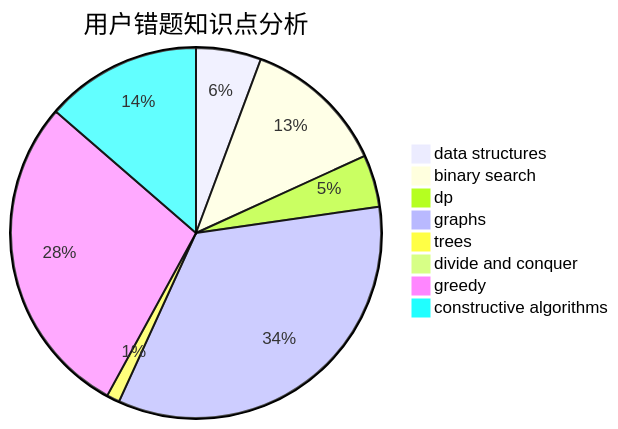
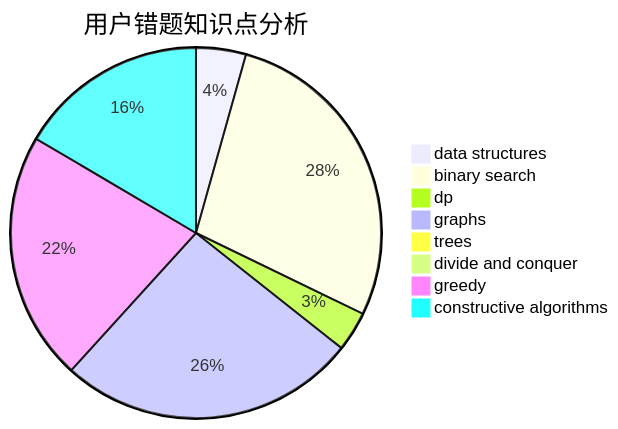
The third of 3 diagrams in docs/user/u2599.md (sherpahu/cfrs.github.io), drawn with Mermaid before and after one commit. The commit also changed other lines of this file and 2770 other files, not shown here.

````diff
--- a/docs/user/u2599.md
+++ b/docs/user/u2599.md
@@ -36,11 +36,11 @@
 ```mermaid
 pie title 用户错题知识点分析
     "data structures" :  5
-    "binary search" :  11
+    "binary search" :  32
     "dp" :  4
     "graphs" :  30
     "trees" :  1
     "divide and conquer" :  0
     "greedy" :  25
-    "constructive algorithms" :  12
+    "constructive algorithms" :  19
 ```
````
